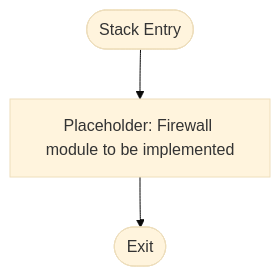
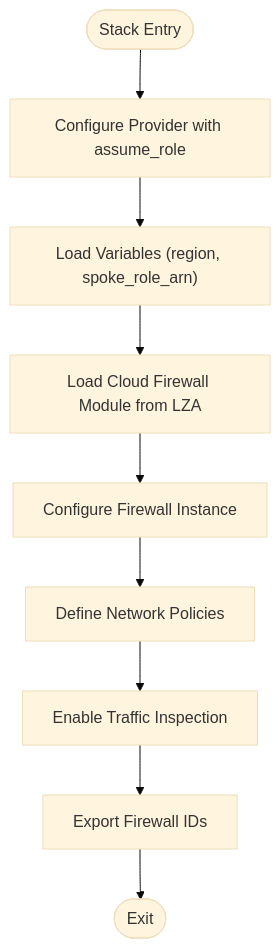
One commit to AlibabaCloudLandingZone/alibabacloud-landingzone-accelerator-github-demo changed the tenth of 12 diagrams in .qoder/repowiki/en/content/Stack Architecture/Stack Architecture.md. Above: the diagram before and after it, drawn with Mermaid (base theme). The commit also changed other lines of this file and 104 other files, not shown here.

````diff
--- a/.qoder/repowiki/en/content/Stack Architecture/Stack Architecture.md
+++ b/.qoder/repowiki/en/content/Stack Architecture/Stack Architecture.md
@@ -277,5 +379,11 @@
 ```mermaid
 flowchart TD
-Start(["Stack Entry"]) --> Placeholder["Placeholder: Firewall module to be implemented"]
-Placeholder --> End(["Exit"])
+Start(["Stack Entry"]) --> Provider["Configure Provider with assume_role"]
+Provider --> Variables["Load Variables (region, spoke_role_arn)"]
+Variables --> Module["Load Cloud Firewall Module from LZA"]
+Module --> Firewall["Configure Firewall Instance"]
+Firewall --> Policies["Define Network Policies"]
+Policies --> Inspection["Enable Traffic Inspection"]
+Inspection --> Outputs["Export Firewall IDs"]
+Outputs --> End(["Exit"])
 ```
````
